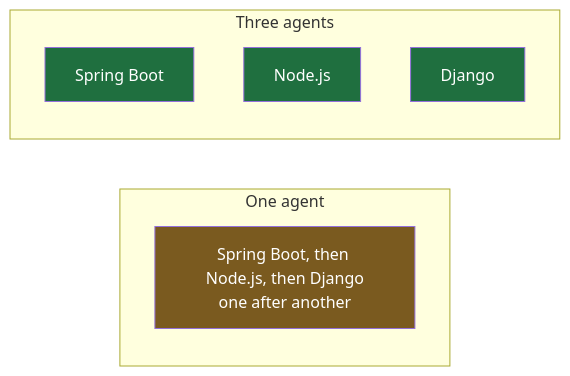
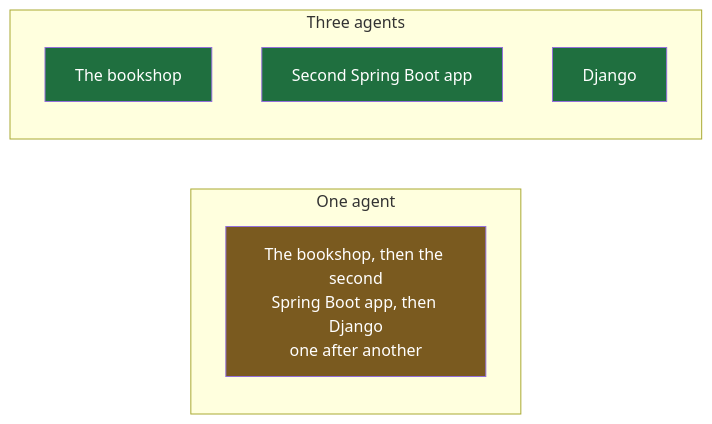
Before and after one commit to Dummy-Bug/system-design-handbook: the second of 2 diagrams in Devops/05-CI-CD/08-Controller-And-Agents.md, drawn with Mermaid. The commit also changed other lines of this file and 22 other files, not shown here.

````diff
--- a/Devops/05-CI-CD/08-Controller-And-Agents.md
+++ b/Devops/05-CI-CD/08-Controller-And-Agents.md
@@ -57,15 +57,15 @@
 ```mermaid
 flowchart LR
     subgraph ONE["One agent"]
-        Q["Spring Boot, then Node.js, then Django<br/>one after another"]
+        Q["The bookshop, then the second<br/>Spring Boot app, then Django<br/>one after another"]
     end
     subgraph THREE["Three agents"]
-        P1["Spring Boot"]
-        P2["Node.js"]
+        P1["The bookshop"]
+        P2["Second Spring Boot app"]
         P3["Django"]
     end
     style Q fill:#7a5a1f,color:#fff
     style P1 fill:#1f6f3f,color:#fff
     style P2 fill:#1f6f3f,color:#fff
     style P3 fill:#1f6f3f,color:#fff
 ```
````
